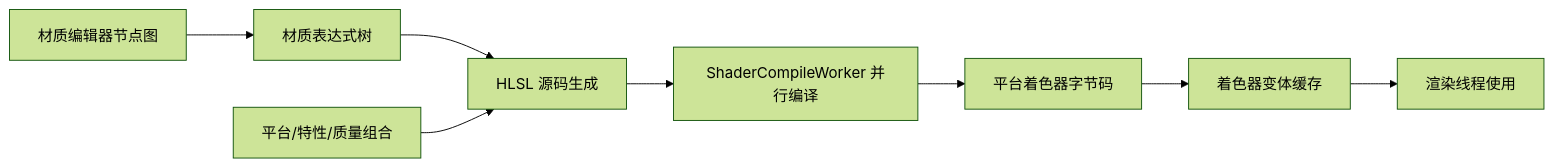
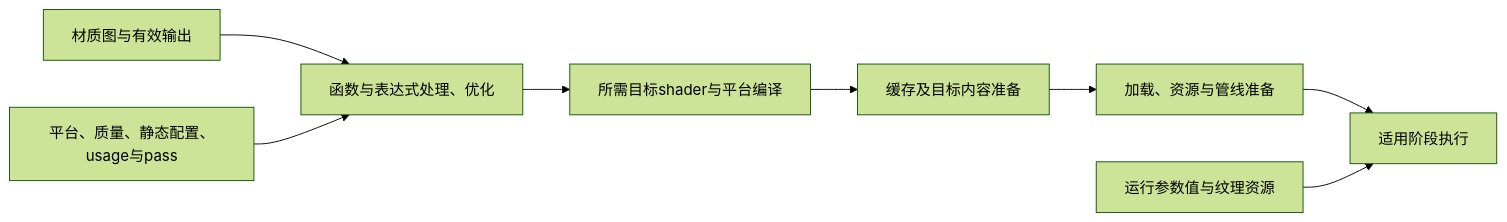
One commit to fantuan812/learning changed the first of 3 diagrams in 知识/04-图形动画与物理仿真/材质地形与世界表现/02-材质系统详解.md. Above: the diagram before and after it, drawn with Mermaid (forest theme). The commit also changed other lines of this file and 1 other file, not shown here.

````diff
--- a/知识/04-图形动画与物理仿真/材质地形与世界表现/02-材质系统详解.md
+++ b/知识/04-图形动画与物理仿真/材质地形与世界表现/02-材质系统详解.md
@@ -102,10 +204,10 @@
 ```mermaid
 flowchart LR
-    A[材质编辑器节点图] --> B[材质表达式树]
-    B --> C[HLSL 源码生成]
-    C --> D[ShaderCompileWorker 并行编译]
-    D --> E[平台着色器字节码]
-    E --> F[着色器变体缓存]
-    F --> G[渲染线程使用]
-    H[平台/特性/质量组合] --> C
+    A["材质图与有效输出"] --> B["函数与表达式处理、优化"]
+    K["平台、质量、静态配置、usage与pass"] --> B
+    B --> C["所需目标shader与平台编译"]
+    C --> D["缓存及目标内容准备"]
+    D --> E["加载、资源与管线准备"]
+    E --> F["适用阶段执行"]
+    P["运行参数值与纹理资源"] --> F
 ```
````
